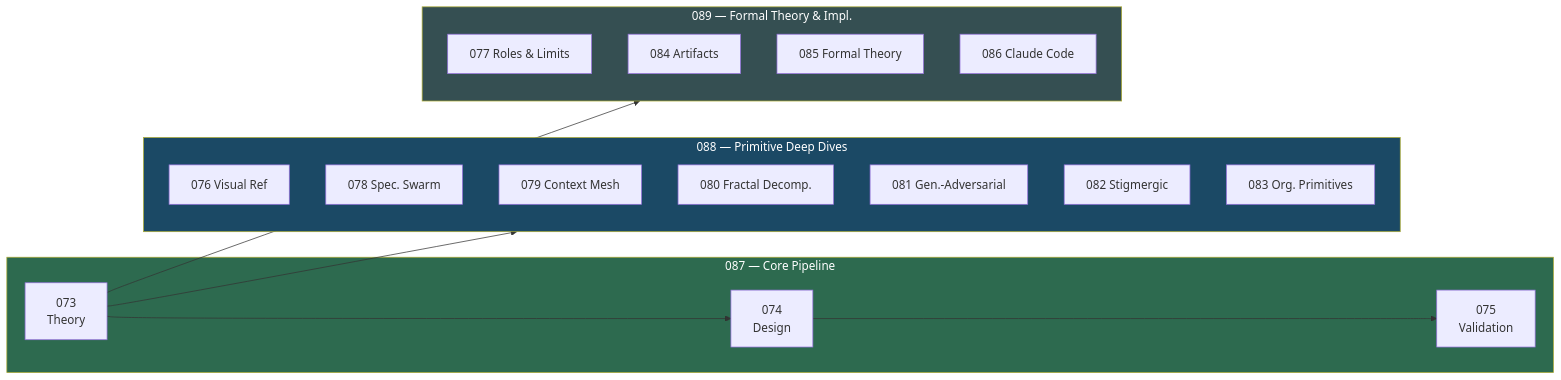
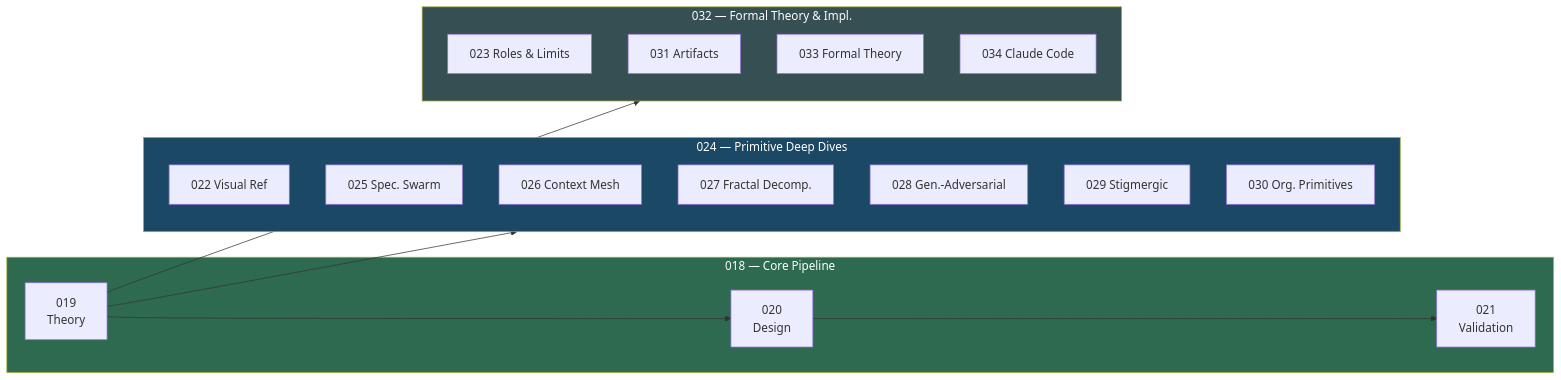
Before and after one commit to codervisor/synodic: the diagram in specs/017-ai-native-coordination-model/README.md, drawn with Mermaid. The commit also changed other lines of this file and 31 other files, not shown here.

````diff
--- a/specs/017-ai-native-coordination-model/README.md
+++ b/specs/017-ai-native-coordination-model/README.md
@@ -67,31 +67,31 @@
 ```mermaid
 flowchart LR
-    subgraph A["087 — Core Pipeline"]
-        T["073<br>Theory"] --> D["074<br>Design"]
-        D --> V["075<br>Validation"]
+    subgraph A["018 — Core Pipeline"]
+        T["019<br>Theory"] --> D["020<br>Design"]
+        D --> V["021<br>Validation"]
     end
 
-    subgraph B["088 — Primitive Deep Dives"]
-        VR["076 Visual Ref"]
-        SS["078 Spec. Swarm"]
-        CM["079 Context Mesh"]
-        FD["080 Fractal Decomp."]
-        GA["081 Gen.-Adversarial"]
-        ST["082 Stigmergic"]
-        OP["083 Org. Primitives"]
+    subgraph B["024 — Primitive Deep Dives"]
+        VR["022 Visual Ref"]
+        SS["025 Spec. Swarm"]
+        CM["026 Context Mesh"]
+        FD["027 Fractal Decomp."]
+        GA["028 Gen.-Adversarial"]
+        ST["029 Stigmergic"]
+        OP["030 Org. Primitives"]
     end
 
-    subgraph C["089 — Formal Theory & Impl."]
-        RL["077 Roles & Limits"]
-        AR["084 Artifacts"]
-        FT["085 Formal Theory"]
-        CC["086 Claude Code"]
+    subgraph C["032 — Formal Theory & Impl."]
+        RL["023 Roles & Limits"]
+        AR["031 Artifacts"]
+        FT["033 Formal Theory"]
+        CC["034 Claude Code"]
     end
 
     T --> B
     T --> C
 
     style A fill:#2d6a4f,color:#fff
     style B fill:#1b4965,color:#fff
     style C fill:#354f52,color:#fff
 ```
````
